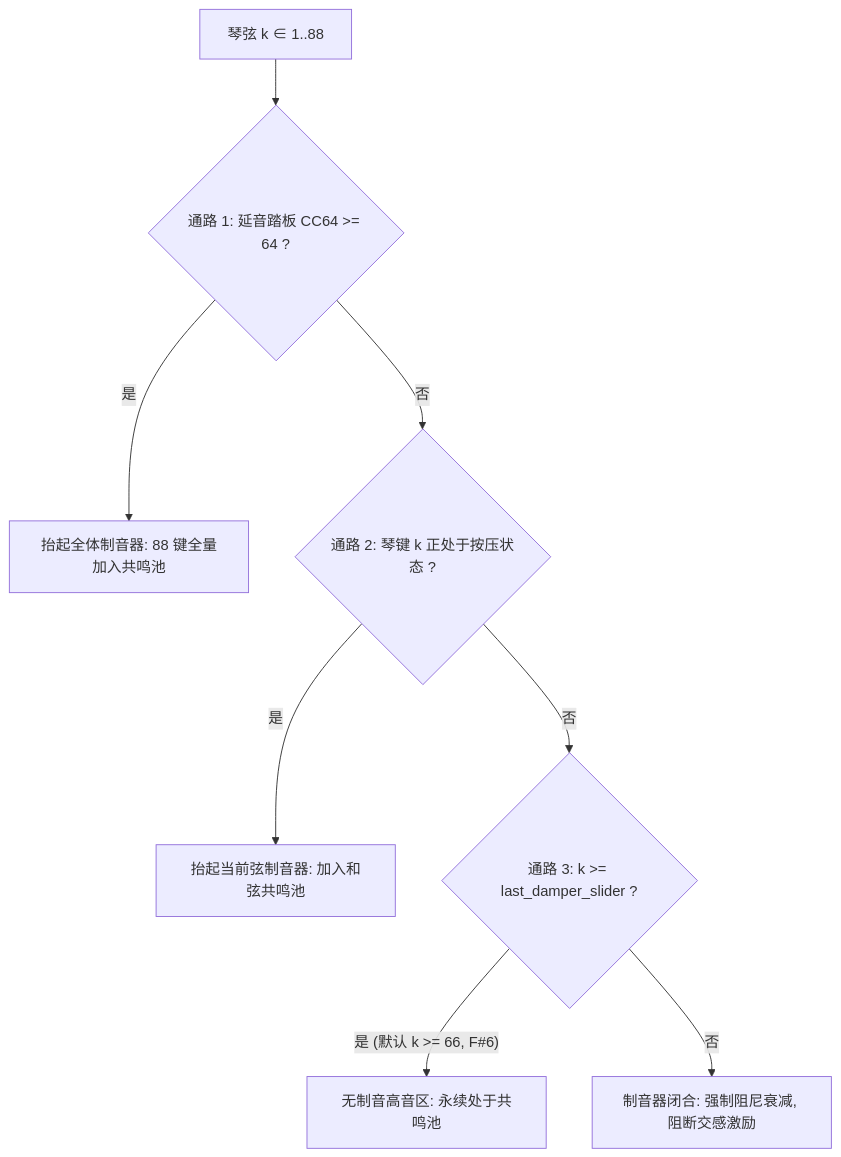
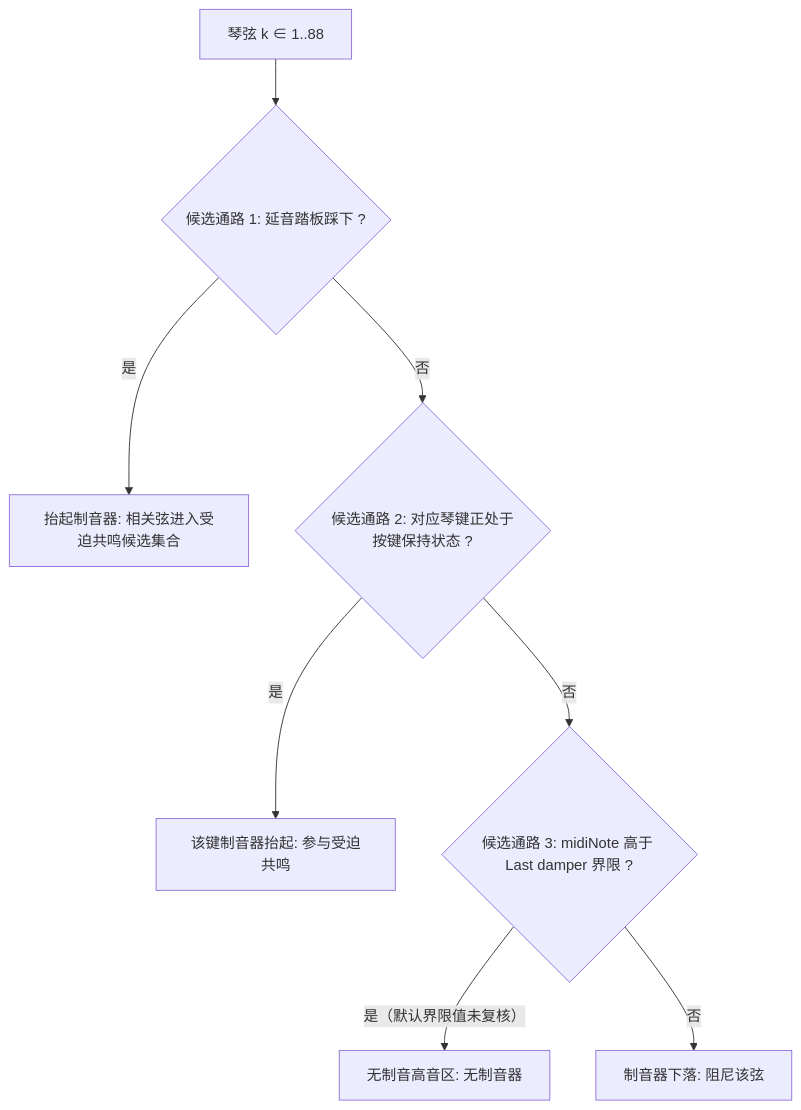
Before and after one commit to 0xnayuta/pianoteq9: the diagram in docs/phase4/phase4-1-sympathetic-anchors-evidence.md, drawn with Mermaid. The commit also changed other lines of this file and 28 other files, not shown here.

````diff
--- a/docs/phase4/phase4-1-sympathetic-anchors-evidence.md
+++ b/docs/phase4/phase4-1-sympathetic-anchors-evidence.md
@@ -99,12 +112,12 @@
 ```mermaid
 flowchart TD
-    P["琴弦 k ∈ 1..88"] --> C1{"通路 1: 延音踏板 CC64 >= 64 ?"}
-    C1 -->|"是"| O["抬起全体制音器: 88 键全量加入共鸣池"]
-    C1 -->|"否"| C2{"通路 2: 琴键 k 正处于按压状态 ?"}
+    P["琴弦 k ∈ 1..88"] --> C1{"候选通路 1: 延音踏板踩下 ?"}
+    C1 -->|"是"| O["抬起制音器: 相关弦进入受迫共鸣候选集合"]
+    C1 -->|"否"| C2{"候选通路 2: 对应琴键正处于按键保持状态 ?"}
     
-    C2 -->|"是"| O2["抬起当前弦制音器: 加入和弦共鸣池"]
-    C2 -->|"否"| C3{"通路 3: k >= last_damper_slider ?"}
+    C2 -->|"是"| O2["该键制音器抬起: 参与受迫共鸣"]
+    C2 -->|"否"| C3{"候选通路 3: midiNote 高于 Last damper 界限 ?"}
     
-    C3 -->|"是 (默认 k >= 66, F#6)"| O3["无制音高音区: 永续处于共鸣池"]
-    C3 -->|"否"| D["制音器闭合: 强制阻尼衰减, 阻断交感激励"]
+    C3 -->|"是（默认界限值未复核）"| O3["无制音高音区: 无制音器"]
+    C3 -->|"否"| D["制音器下落: 阻尼该弦"]
 ```
````
